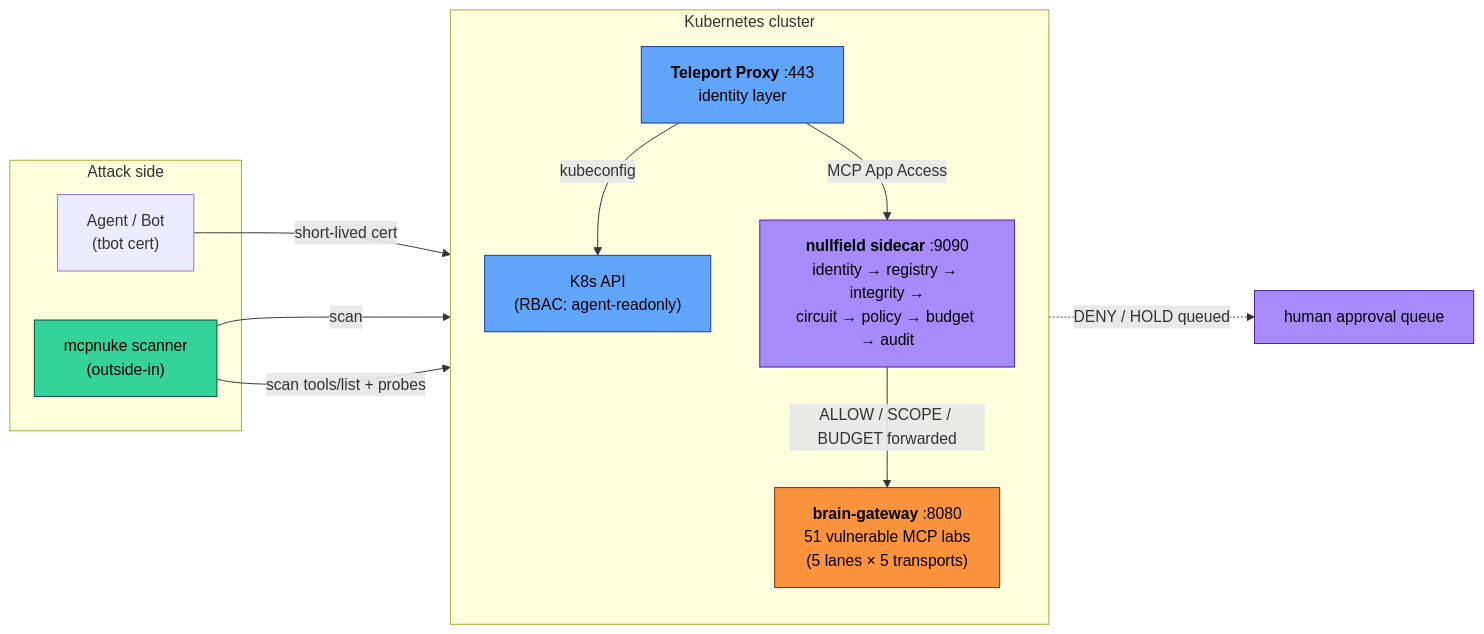
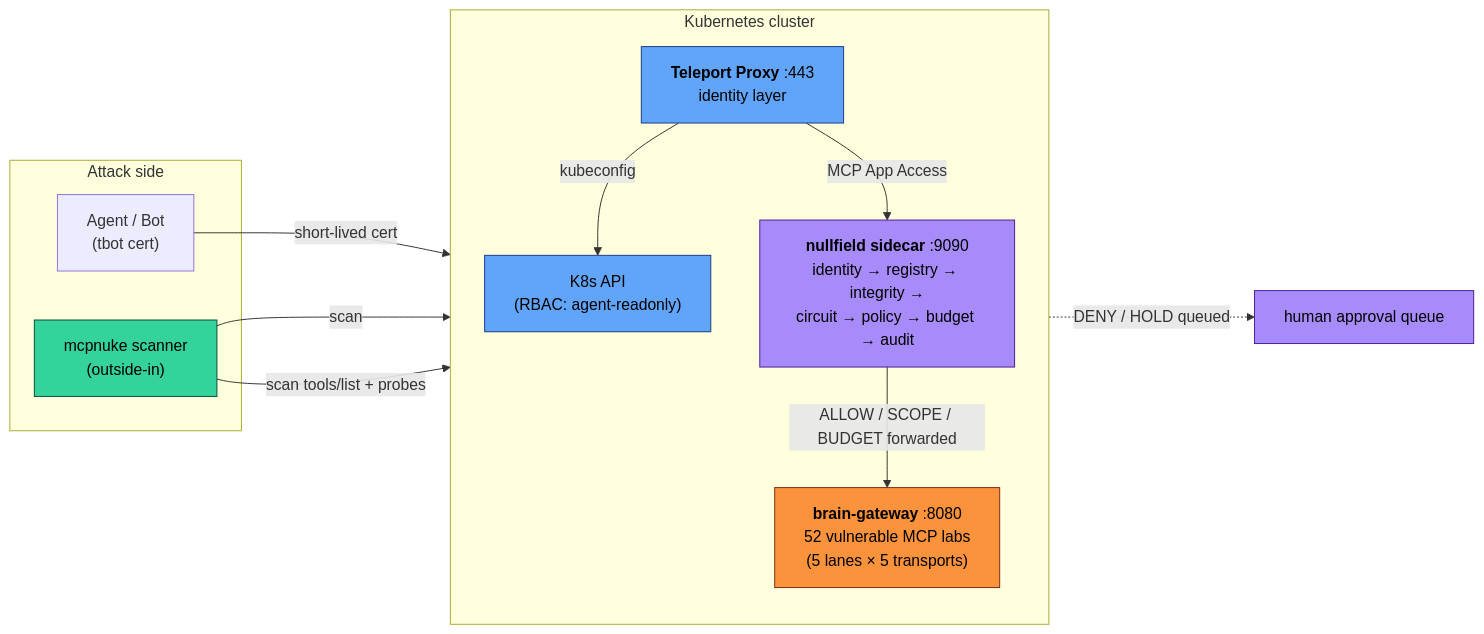
One commit to babywyrm/agentic-sec changed the diagram in docs/ecosystem.md. Above: the diagram before and after it, drawn with Mermaid. The commit also changed other lines of this file and 4 other files, not shown here.

````diff
--- a/docs/ecosystem.md
+++ b/docs/ecosystem.md
@@ -141,32 +141,32 @@
 ```mermaid
 flowchart LR
   subgraph Attackers["Attack side"]
     BOT["Agent / Bot<br/>(tbot cert)"]
     MCPNUKE["mcpnuke scanner<br/>(outside-in)"]
   end
 
   subgraph Cluster["Kubernetes cluster"]
     direction TB
     TELEPORT["<b>Teleport Proxy</b> :443<br/>identity layer"]
     K8S["K8s API<br/>(RBAC: agent-readonly)"]
     NF["<b>nullfield sidecar</b> :9090<br/>identity → registry → integrity →<br/>circuit → policy → budget → audit"]
-    GW["<b>brain-gateway</b> :8080<br/>51 vulnerable MCP labs<br/>(5 lanes × 5 transports)"]
+    GW["<b>brain-gateway</b> :8080<br/>52 vulnerable MCP labs<br/>(5 lanes × 5 transports)"]
   end
 
   BOT -->|short-lived cert| TELEPORT
   TELEPORT -->|kubeconfig| K8S
   TELEPORT -->|MCP App Access| NF
   NF -->|ALLOW / SCOPE / BUDGET forwarded| GW
   NF -.->|DENY / HOLD queued| HOLDQ["human approval queue"]
   MCPNUKE -->|scan| TELEPORT
   MCPNUKE -->|scan tools/list + probes| GW
 
   classDef identity fill:#60a5fa,stroke:#1e3a8a,color:#000;
   classDef policy   fill:#a78bfa,stroke:#4c1d95,color:#000;
   classDef target   fill:#fb923c,stroke:#7c2d12,color:#000;
   classDef scanner  fill:#34d399,stroke:#064e3b,color:#000;
   class TELEPORT,K8S identity;
   class NF,HOLDQ policy;
   class GW target;
   class MCPNUKE scanner;
 ```
````
